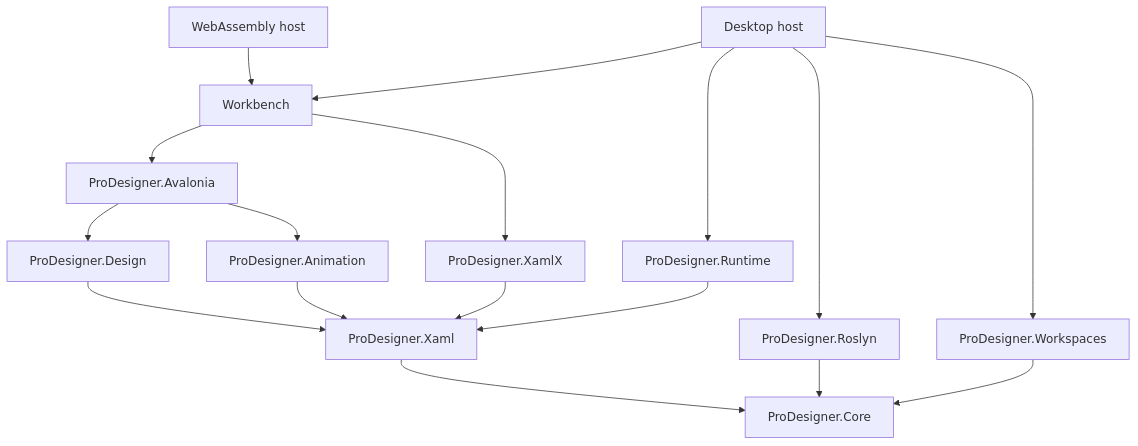
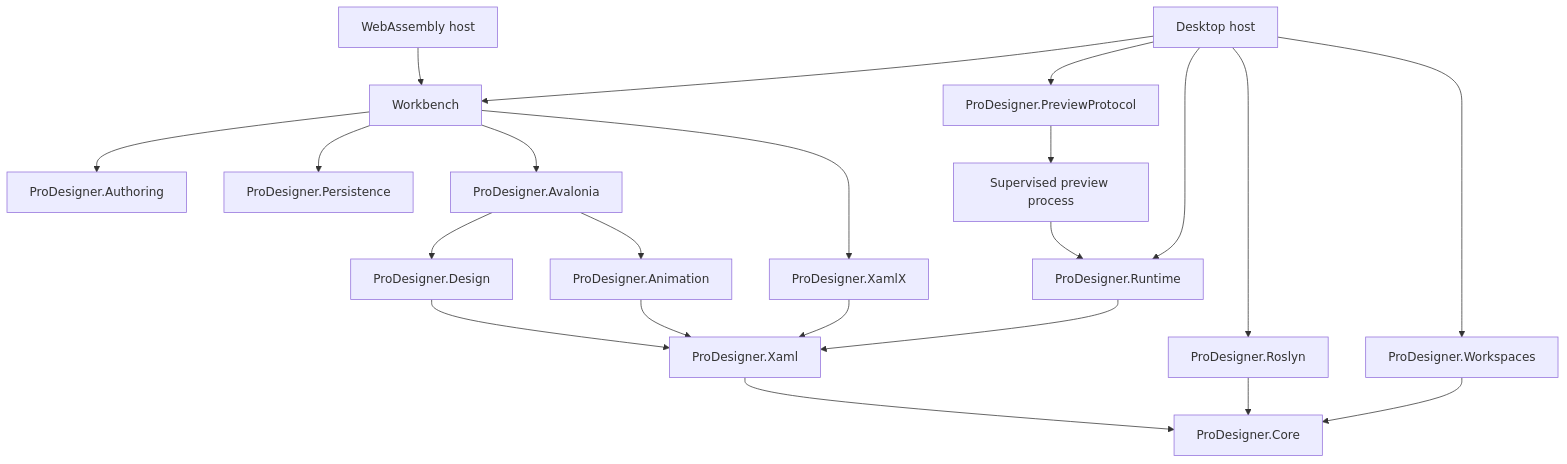
Before and after one commit to wieslawsoltes/ProDesigner: the diagram in docs/architecture.md, drawn with Mermaid. The commit also changed other lines of this file and 6 other files, not shown here.

````diff
--- a/docs/architecture.md
+++ b/docs/architecture.md
@@ -5,19 +5,24 @@
 ```mermaid
 flowchart TD
   Desktop[Desktop host] --> Workbench
   Browser[WebAssembly host] --> Workbench
+  Workbench --> Authoring[ProDesigner.Authoring]
+  Workbench --> Persistence[ProDesigner.Persistence]
+  Desktop --> Protocol[ProDesigner.PreviewProtocol]
+  Protocol --> Worker[Supervised preview process]
+  Worker --> Runtime[ProDesigner.Runtime]
   Workbench --> Preview[ProDesigner.Avalonia]
   Workbench --> XamlX[ProDesigner.XamlX]
   Preview --> Design[ProDesigner.Design]
   Preview --> Animation[ProDesigner.Animation]
   Design --> Xaml[ProDesigner.Xaml]
   Animation --> Xaml
   XamlX --> Xaml
   Xaml --> Core[ProDesigner.Core]
   Desktop --> Runtime[ProDesigner.Runtime]
   Runtime --> Xaml
   Desktop --> Roslyn[ProDesigner.Roslyn]
   Desktop --> Workspaces[ProDesigner.Workspaces]
   Roslyn --> Core
   Workspaces --> Core
 ```
````
